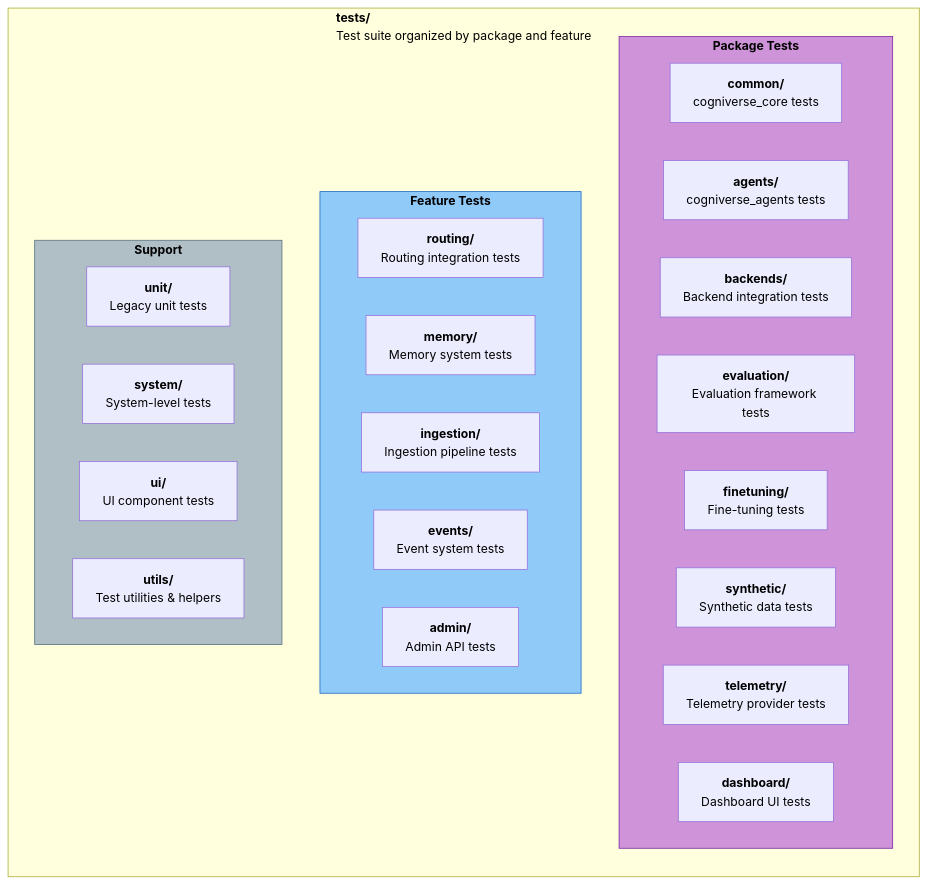
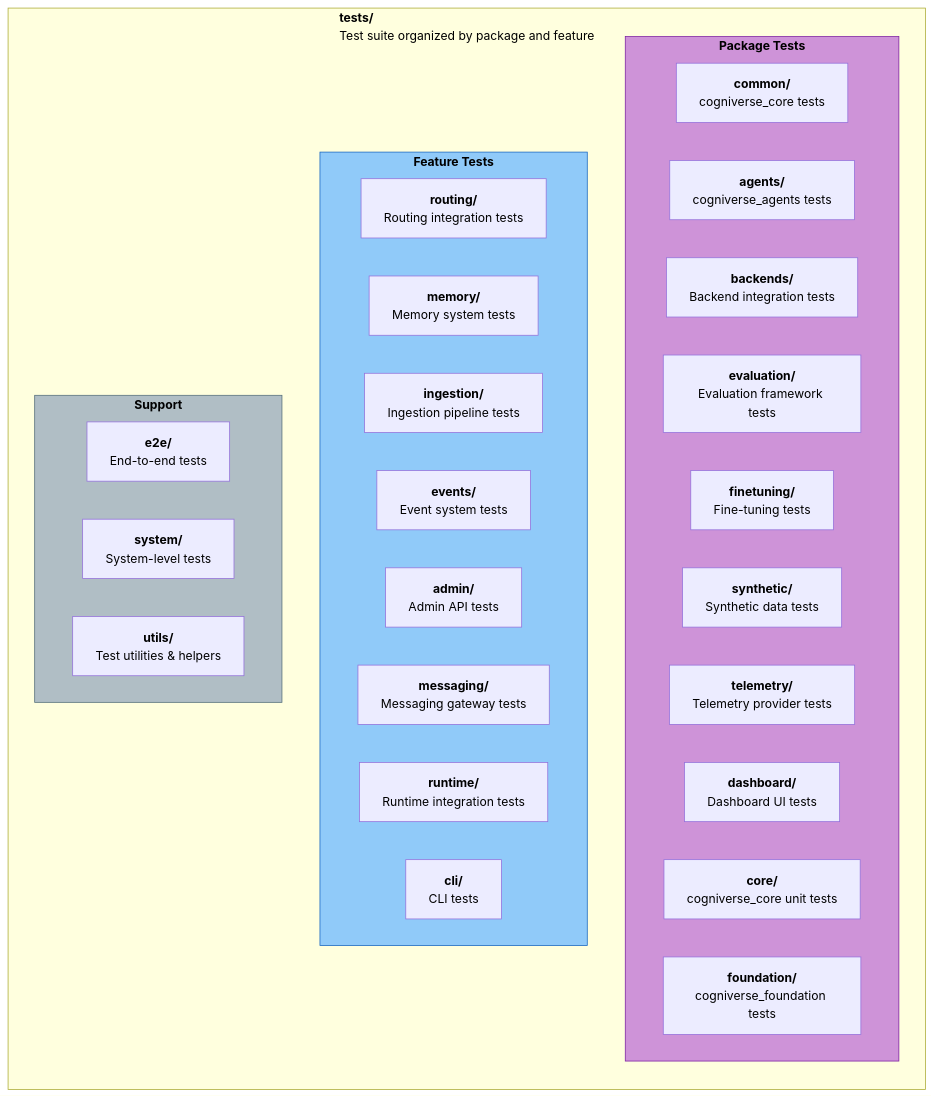
Before and after one commit to amit-jain/cogniverse: the fourth of 4 diagrams in docs/DEVELOPER_GUIDE.md, drawn with Mermaid. The commit also changed other lines of this file and 50 other files, not shown here.

````diff
--- a/docs/DEVELOPER_GUIDE.md
+++ b/docs/DEVELOPER_GUIDE.md
@@ -662,37 +671,41 @@
 ```mermaid
 flowchart TB
     subgraph TESTS["<span style='color:#000'><b>tests/</b><br/>Test suite organized by package and feature</span>"]
         direction TB
 
         subgraph PKG_TESTS["<span style='color:#000'><b>Package Tests</b></span>"]
             test_common["<span style='color:#000'><b>common/</b><br/>cogniverse_core tests</span>"]
             test_agents["<span style='color:#000'><b>agents/</b><br/>cogniverse_agents tests</span>"]
             test_backends["<span style='color:#000'><b>backends/</b><br/>Backend integration tests</span>"]
             test_evaluation["<span style='color:#000'><b>evaluation/</b><br/>Evaluation framework tests</span>"]
             test_finetuning["<span style='color:#000'><b>finetuning/</b><br/>Fine-tuning tests</span>"]
             test_synthetic["<span style='color:#000'><b>synthetic/</b><br/>Synthetic data tests</span>"]
             test_telemetry["<span style='color:#000'><b>telemetry/</b><br/>Telemetry provider tests</span>"]
             test_dashboard["<span style='color:#000'><b>dashboard/</b><br/>Dashboard UI tests</span>"]
+            test_core["<span style='color:#000'><b>core/</b><br/>cogniverse_core unit tests</span>"]
+            test_foundation["<span style='color:#000'><b>foundation/</b><br/>cogniverse_foundation tests</span>"]
         end
 
         subgraph FEATURE_TESTS["<span style='color:#000'><b>Feature Tests</b></span>"]
             test_routing["<span style='color:#000'><b>routing/</b><br/>Routing integration tests</span>"]
             test_memory["<span style='color:#000'><b>memory/</b><br/>Memory system tests</span>"]
             test_ingestion["<span style='color:#000'><b>ingestion/</b><br/>Ingestion pipeline tests</span>"]
             test_events["<span style='color:#000'><b>events/</b><br/>Event system tests</span>"]
             test_admin["<span style='color:#000'><b>admin/</b><br/>Admin API tests</span>"]
+            test_messaging["<span style='color:#000'><b>messaging/</b><br/>Messaging gateway tests</span>"]
+            test_runtime["<span style='color:#000'><b>runtime/</b><br/>Runtime integration tests</span>"]
+            test_cli["<span style='color:#000'><b>cli/</b><br/>CLI tests</span>"]
         end
 
         subgraph SUPPORT_TESTS["<span style='color:#000'><b>Support</b></span>"]
-            test_unit["<span style='color:#000'><b>unit/</b><br/>Legacy unit tests</span>"]
+            test_e2e["<span style='color:#000'><b>e2e/</b><br/>End-to-end tests</span>"]
             test_system["<span style='color:#000'><b>system/</b><br/>System-level tests</span>"]
-            test_ui["<span style='color:#000'><b>ui/</b><br/>UI component tests</span>"]
             test_utils["<span style='color:#000'><b>utils/</b><br/>Test utilities & helpers</span>"]
         end
     end
 
     %% Styling
     style PKG_TESTS fill:#ce93d8,stroke:#7b1fa2,color:#000
     style FEATURE_TESTS fill:#90caf9,stroke:#1565c0,color:#000
     style SUPPORT_TESTS fill:#b0bec5,stroke:#546e7a,color:#000
 ```
````
